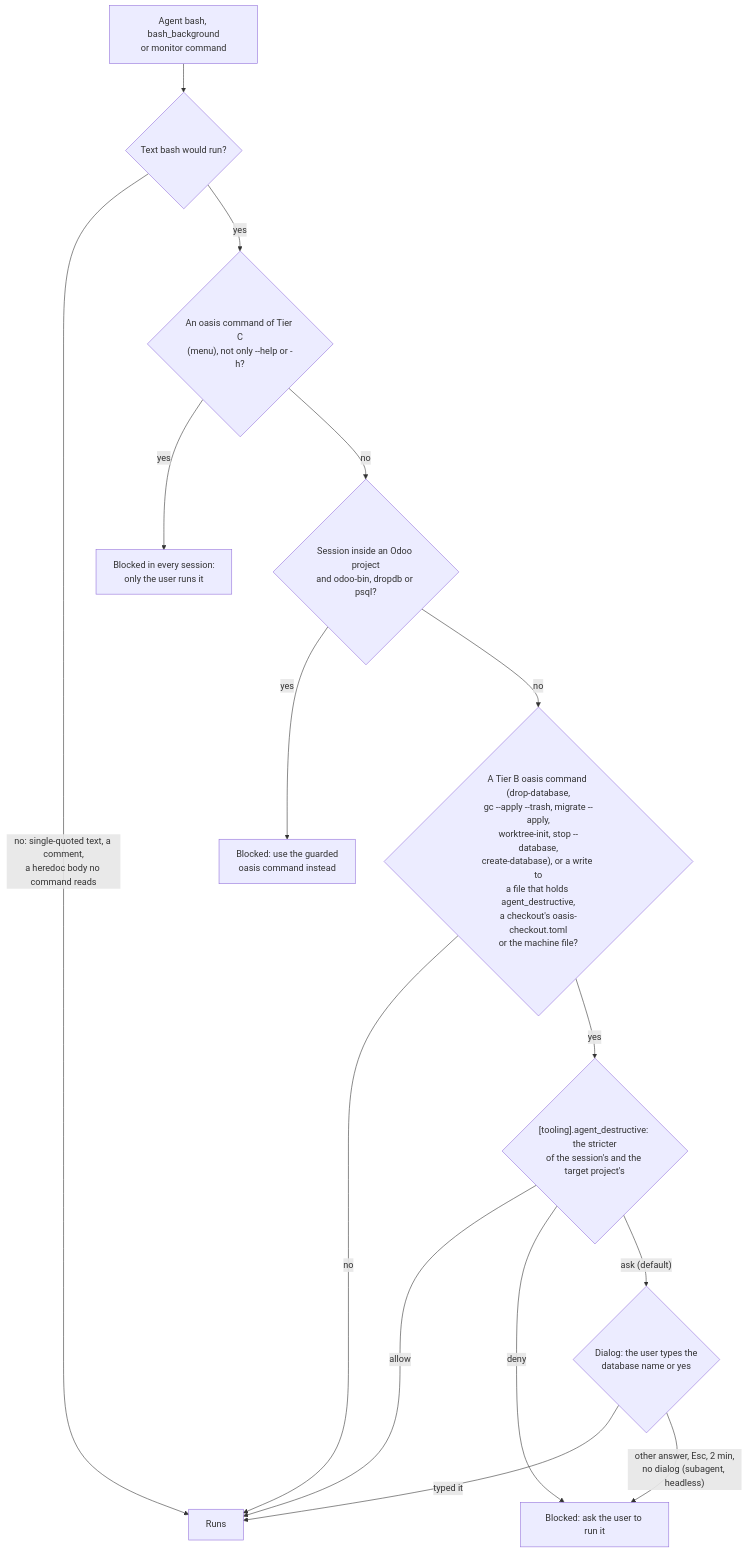
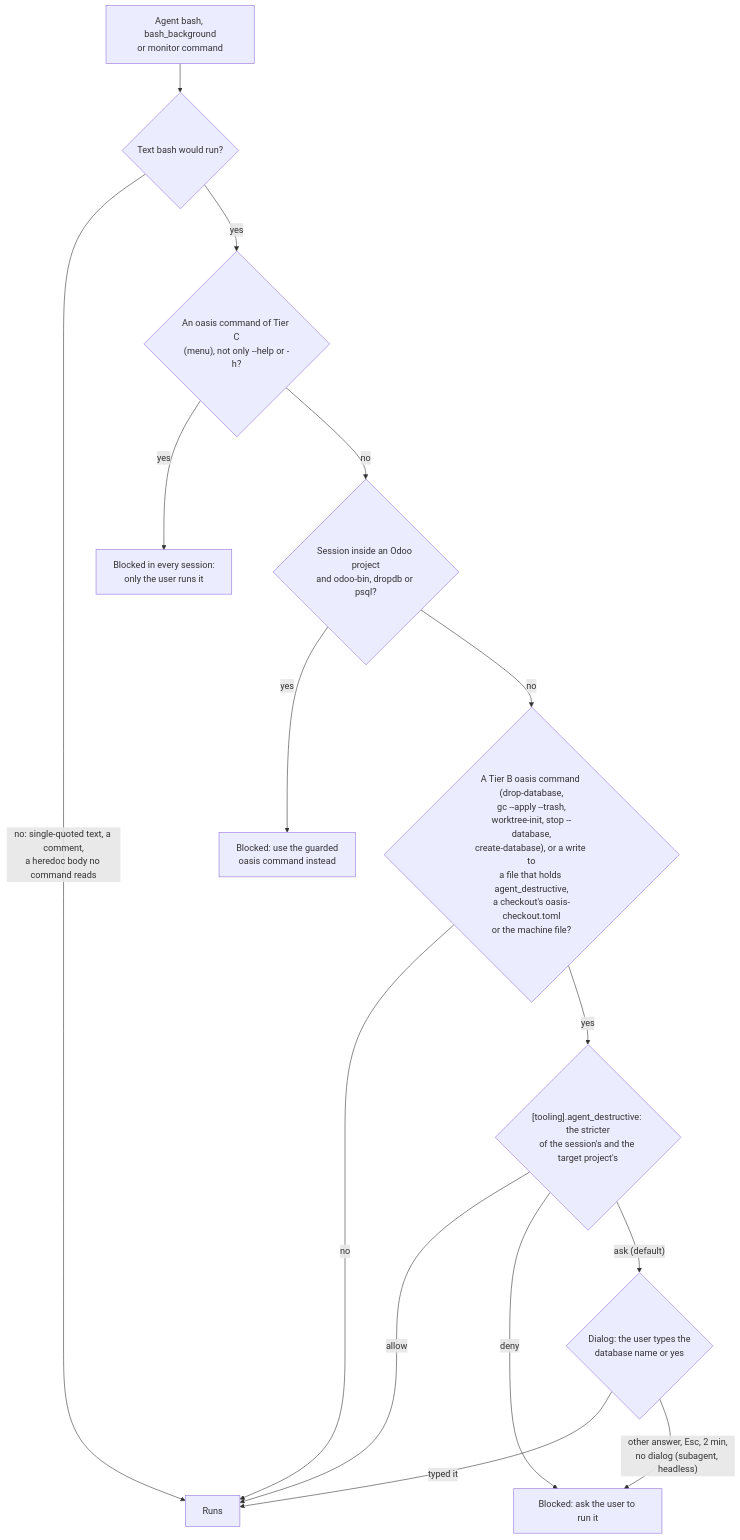
The diagram in docs/bash-guard.md (skhol3/oasis), drawn with Mermaid before and after one commit. The commit also changed other lines of this file and 67 other files, not shown here.

````diff
--- a/docs/bash-guard.md
+++ b/docs/bash-guard.md
@@ -24,17 +24,17 @@
 ```mermaid
 flowchart TD
     A["Agent bash, bash_background<br/>or monitor command"] --> B{"Text bash would run?"}
     B -->|"no: single-quoted text, a comment,<br/>a heredoc body no command reads"| OK["Runs"]
     B -->|yes| C{"An oasis command of Tier C<br/>(menu), not only --help or -h?"}
     C -->|yes| X["Blocked in every session:<br/>only the user runs it"]
     C -->|no| E{"Session inside an Odoo project<br/>and odoo-bin, dropdb or psql?"}
     E -->|yes| Y["Blocked: use the guarded<br/>oasis command instead"]
-    E -->|no| ASK{"A Tier B oasis command (drop-database,<br/>gc --apply --trash, migrate --apply,<br/>worktree-init, stop --database,<br/>create-database), or a write to<br/>a file that holds agent_destructive,<br/>a checkout's oasis-checkout.toml<br/>or the machine file?"}
+    E -->|no| ASK{"A Tier B oasis command (drop-database,<br/>gc --apply --trash,<br/>worktree-init, stop --database,<br/>create-database), or a write to<br/>a file that holds agent_destructive,<br/>a checkout's oasis-checkout.toml<br/>or the machine file?"}
     ASK -->|no| OK
     ASK -->|yes| S{"[tooling].agent_destructive: the stricter<br/>of the session's and the target project's"}
     S -->|allow| OK
     S -->|deny| Z["Blocked: ask the user to run it"]
     S -->|"ask (default)"| Q{"Dialog: the user types the<br/>database name or yes"}
     Q -->|"typed it"| OK
     Q -->|"other answer, Esc, 2 min,<br/>no dialog (subagent, headless)"| Z
 ```
````
